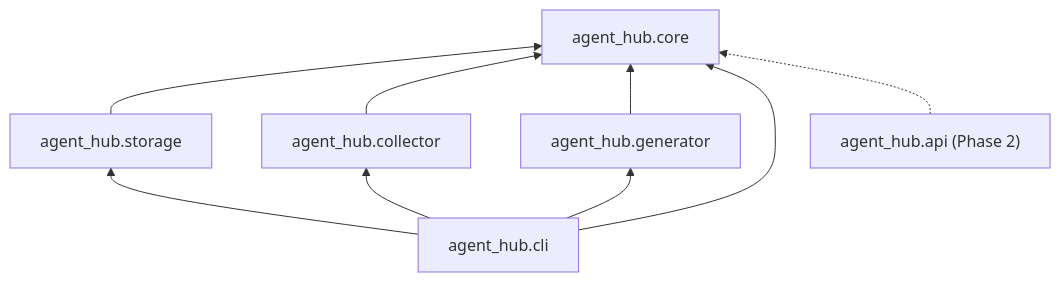
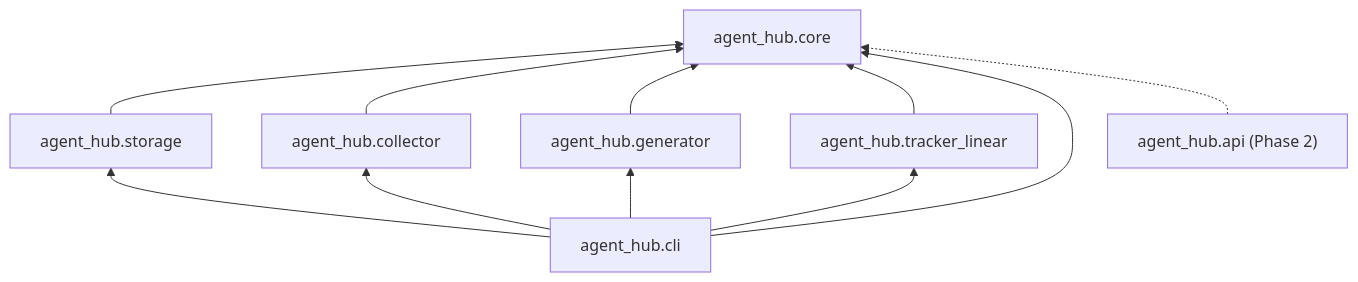
The first of 2 diagrams in docs/ARCHITECTURE.md (jroquette/agent-hub), drawn with Mermaid before and after one commit. The commit also changed other lines of this file and 7 other files, not shown here.

````diff
--- a/docs/ARCHITECTURE.md
+++ b/docs/ARCHITECTURE.md
@@ -56,11 +59,13 @@
 ```mermaid
 flowchart BT
   storage[agent_hub.storage] --> core[agent_hub.core]
   collector[agent_hub.collector] --> core
   generator[agent_hub.generator] --> core
+  tracker_linear[agent_hub.tracker_linear] --> core
   cli[agent_hub.cli] --> core
   cli --> storage
   cli --> collector
   cli --> generator
+  cli --> tracker_linear
   api["agent_hub.api (Phase 2)"] -.-> core
 ```
````
